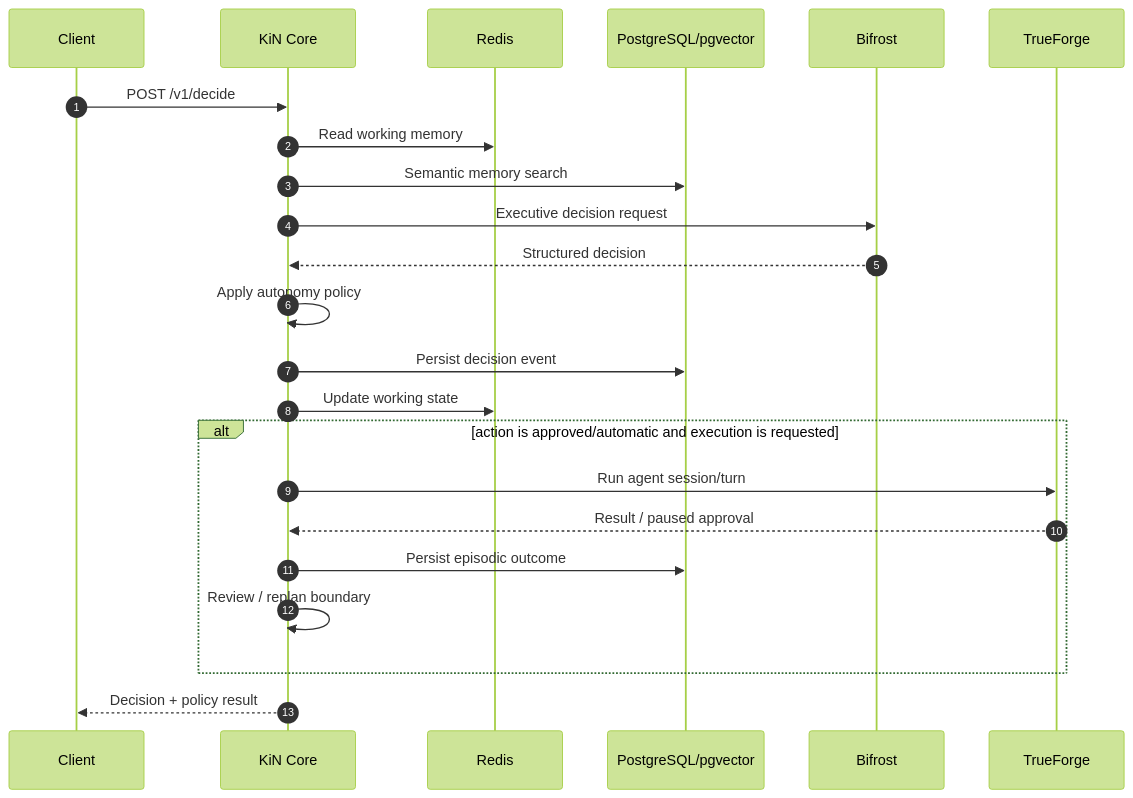
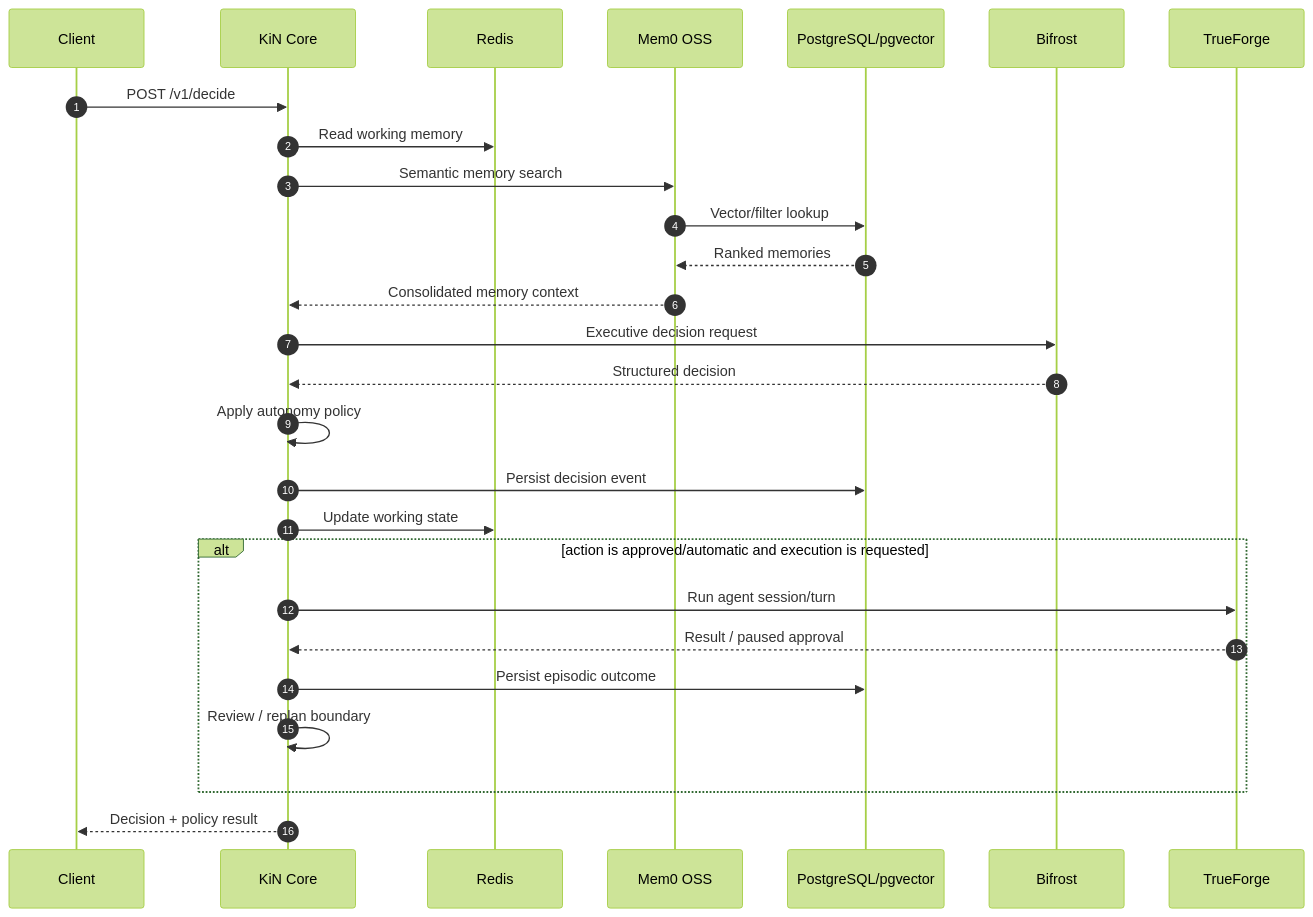
Before and after one commit to vaheed/KiN: the second of 8 diagrams in ARCHITECTURE.md, drawn with Mermaid (forest theme). The commit also changed other lines of this file, not shown here.

Commit message:
docs(architecture): show Mem0 request and storage boundaries

````diff
--- a/ARCHITECTURE.md
+++ b/ARCHITECTURE.md
@@ -31,26 +31,30 @@
 ```mermaid
 sequenceDiagram
     autonumber
     participant C as Client
     participant K as KiN Core
     participant R as Redis
+    participant M as Mem0 OSS
     participant P as PostgreSQL/pgvector
     participant B as Bifrost
     participant T as TrueForge
 
     C->>K: POST /v1/decide
     K->>R: Read working memory
-    K->>P: Semantic memory search
+    K->>M: Semantic memory search
+    M->>P: Vector/filter lookup
+    P-->>M: Ranked memories
+    M-->>K: Consolidated memory context
     K->>B: Executive decision request
     B-->>K: Structured decision
     K->>K: Apply autonomy policy
     K->>P: Persist decision event
     K->>R: Update working state
     alt action is approved/automatic and execution is requested
         K->>T: Run agent session/turn
         T-->>K: Result / paused approval
         K->>P: Persist episodic outcome
         K->>K: Review / replan boundary
     end
     K-->>C: Decision + policy result
 ```
````
